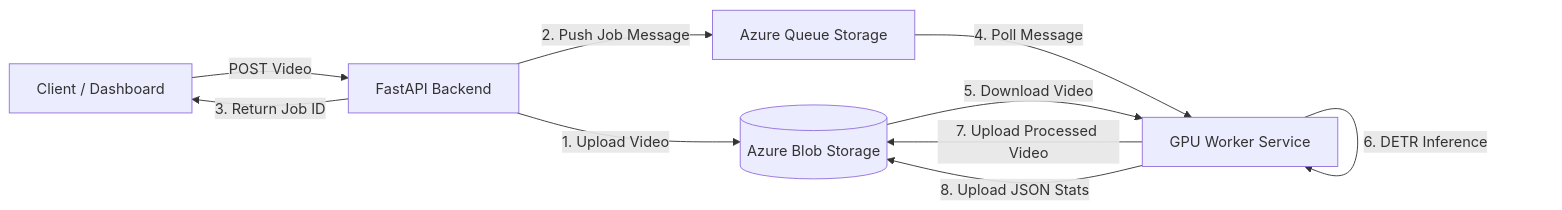
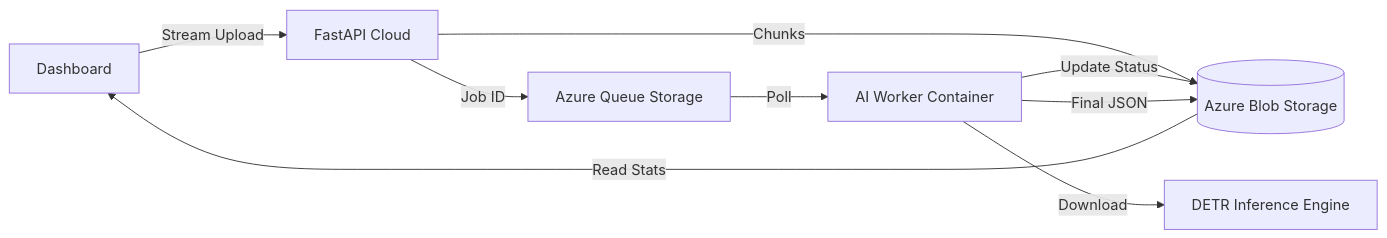
One commit to renders3D/cattlecounter_mlops changed the diagram in README.md. Above: the diagram before and after it, drawn with Mermaid. The commit also changed other lines of this file and 1 other file, not shown here.

````diff
--- a/README.md
+++ b/README.md
@@ -16,13 +16,13 @@
 ```mermaid
 graph LR
-    User[Client / Dashboard] -- POST Video --> API[FastAPI Backend]
-    API -- 1. Upload Video --> Blob[(Azure Blob Storage)]
-    API -- 2. Push Job Message --> Queue[Azure Queue Storage]
-    API -- 3. Return Job ID --> User
+    User[Dashboard] -- Stream Upload --> API[FastAPI Cloud]
+    API -- Chunks --> Blob[(Azure Blob Storage)]
+    API -- Job ID --> Queue[Azure Queue Storage]
     
-    Queue -- 4. Poll Message --> Worker[GPU Worker Service]
-    Blob -- 5. Download Video --> Worker
-    Worker -- 6. DETR Inference --> Worker
-    Worker -- 7. Upload Processed Video --> Blob[(Azure Blob Storage)]
-    Worker -- 8. Upload JSON Stats --> Blob
+    Queue -- Poll --> Worker[AI Worker Container]
+    Worker -- Download --> GPU[DETR Inference Engine]
+    Worker -- Update Status --> Blob
+    Worker -- Final JSON --> Blob
+    
+    Blob -- Read Stats --> User
 ```
````
